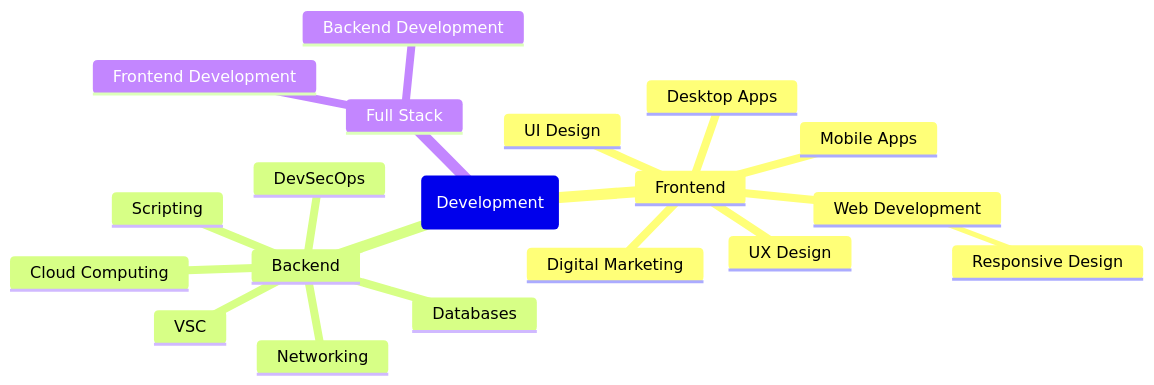
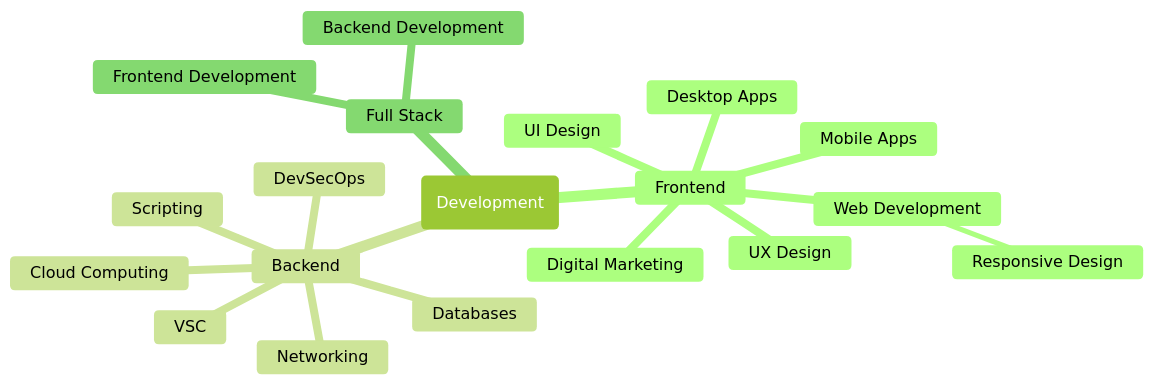
The diagram in README.md (Azriel1909/Pink-academy), drawn with Mermaid before and after one commit.

Commit message:
Mindmap updated

````diff
--- a/README.md
+++ b/README.md
@@ -5,22 +5,23 @@
 ```mermaid
+%%{init: {'theme':'forest'}}%%
 mindmap
 root(Development)
 	Frontend 
 		UX Design
 		UI Design
 		Digital Marketing
 		Mobile Apps
 		Desktop Apps
 		Web Development
 			Responsive Design
 	Backend 
 		VSC
 		Scripting
 		Databases
 		DevSecOps
 		Networking
 		Cloud Computing
 	Full Stack 
 		Frontend Development
 		Backend Development
 ```
````
